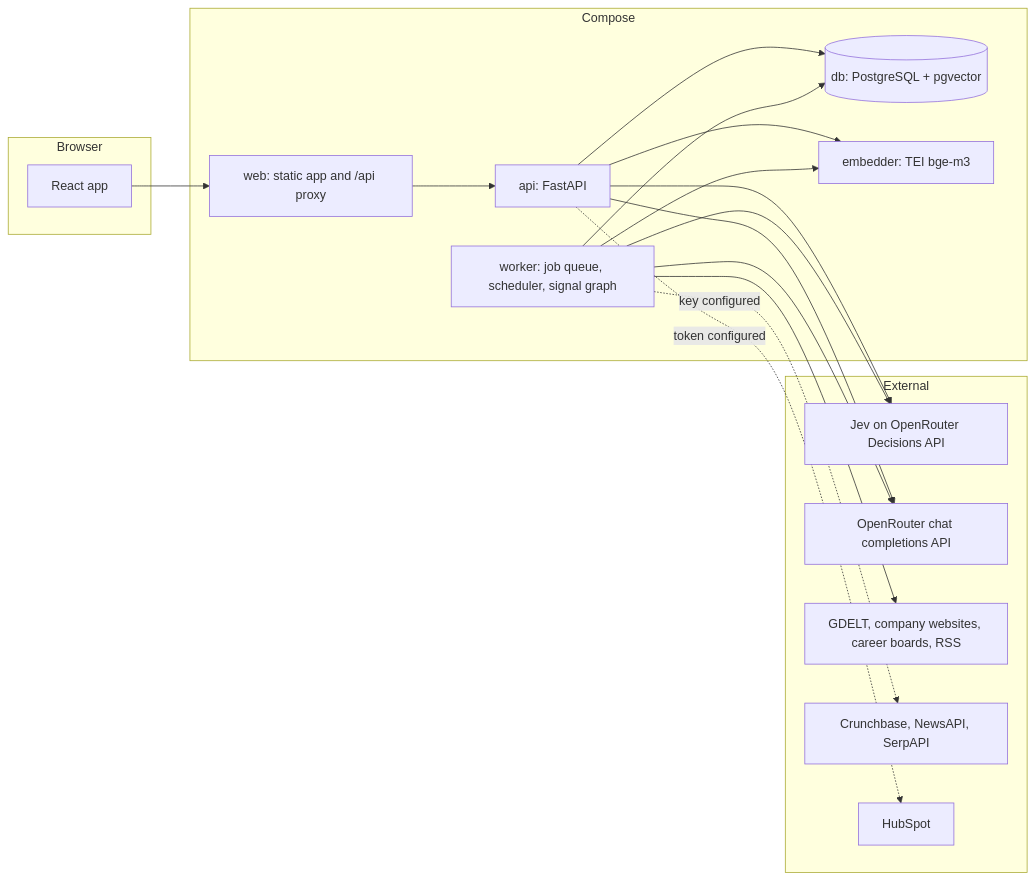
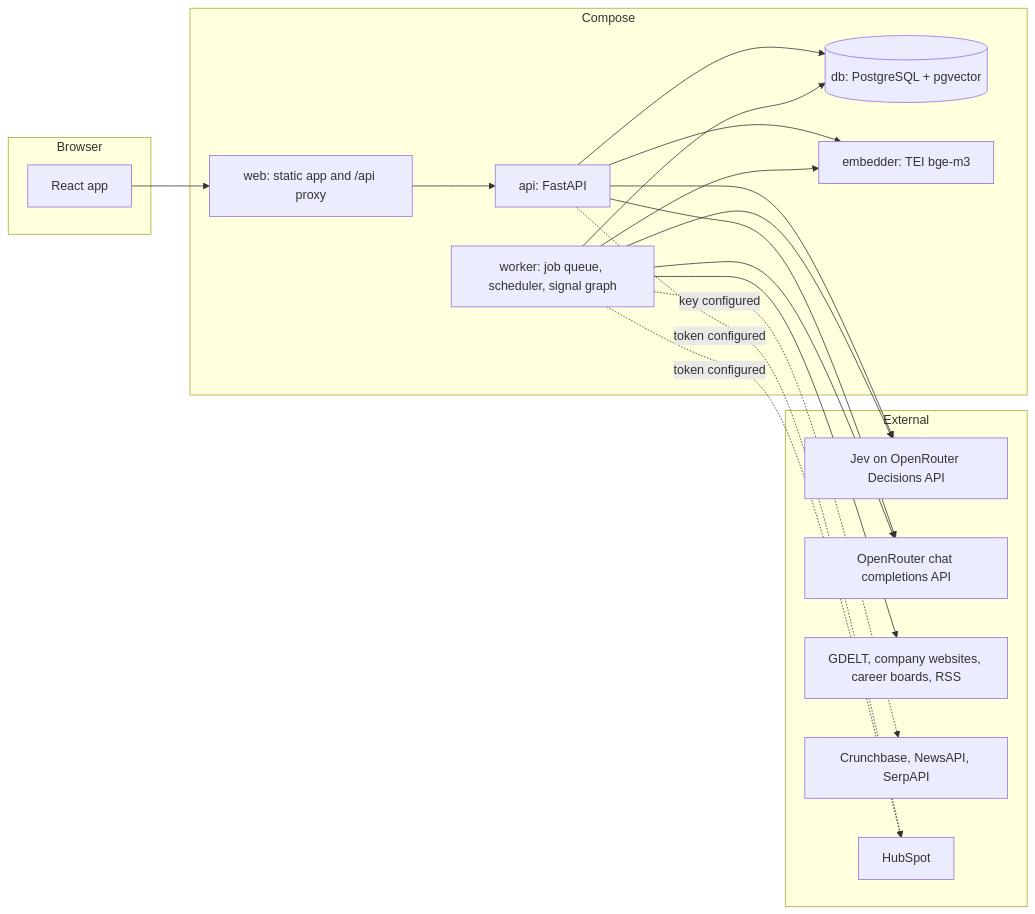
One commit to Nichita111/OrangeLeadRadar changed the diagram in docs/architecture/overview.md. Above: the diagram before and after it, drawn with Mermaid. The commit also changed other lines of this file and 22 other files, not shown here.

````diff
--- a/docs/architecture/overview.md
+++ b/docs/architecture/overview.md
@@ -34,32 +34,33 @@
 ```mermaid
 flowchart LR
   subgraph Browser
     SPA[React app]
   end
   subgraph Compose
     WEB[web: static app and /api proxy]
     API[api: FastAPI]
     WRK[worker: job queue, scheduler, signal graph]
     DB[(db: PostgreSQL + pgvector)]
     EMB[embedder: TEI bge-m3]
   end
   subgraph External
     JEV[Jev on OpenRouter Decisions API]
     ANT[OpenRouter chat completions API]
     SRC[GDELT, company websites, career boards, RSS]
     PAID[Crunchbase, NewsAPI, SerpAPI]
     HUB[HubSpot]
   end
   SPA --> WEB --> API
   API --> DB
   WRK --> DB
   API --> EMB
   WRK --> EMB
   API --> JEV
   API --> ANT
   WRK --> JEV
   WRK --> ANT
   WRK --> SRC
   WRK -. key configured .-> PAID
   API -. token configured .-> HUB
+  WRK -. token configured .-> HUB
 ```
````
